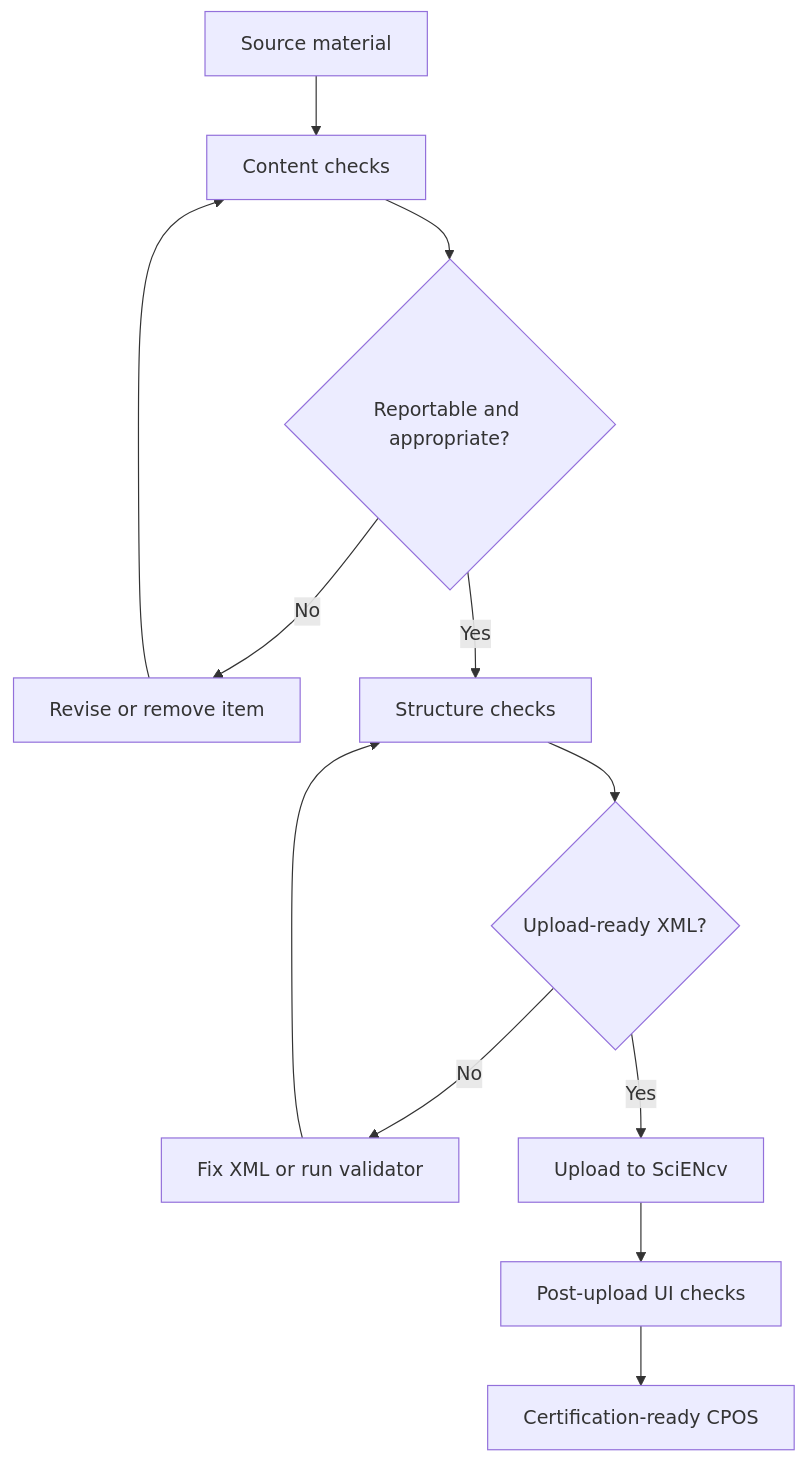
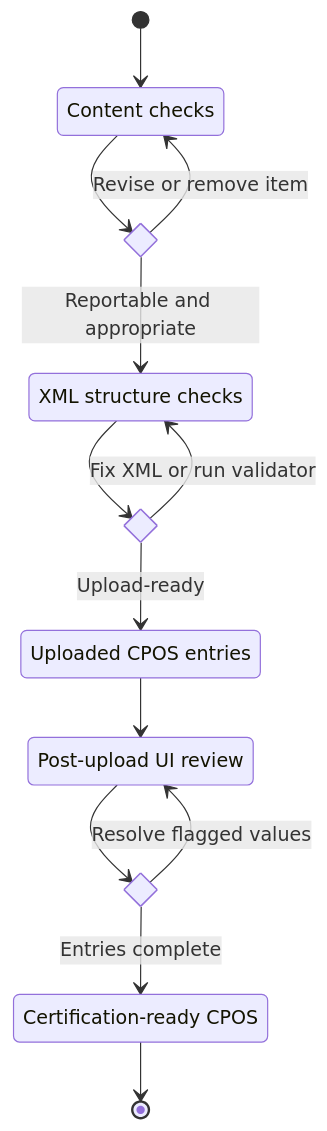
Before and after one commit to FritscheLab/nih-sciencv-playbook: the diagram in docs/other-support/xml-upload/quality-control.md, drawn with Mermaid. The commit also changed other lines of this file and 60 other files, not shown here.

Commit message:
feat: refresh NIH guidance and harden CPOS XML validation

````diff
--- a/docs/other-support/xml-upload/quality-control.md
+++ b/docs/other-support/xml-upload/quality-control.md
@@ -56,16 +56,26 @@
 ```mermaid
-flowchart TD
+stateDiagram-v2
+    direction TB
     accTitle: CPOS XML quality control stages
-    accDescr: XML quality control has policy-driven content checks, upload-driven structure checks, and post-upload SciENcv UI checks.
-    A["Source material"] --> B["Content checks"]
-    B --> C{"Reportable and appropriate?"}
-    C -- "No" --> D["Revise or remove item"]
-    C -- "Yes" --> E["Structure checks"]
-    D --> B
-    E --> F{"Upload-ready XML?"}
-    F -- "No" --> G["Fix XML or run validator"]
-    F -- "Yes" --> H["Upload to SciENcv"]
-    G --> E
-    H --> I["Post-upload UI checks"]
-    I --> J["Certification-ready CPOS"]
+    accDescr: Source material passes content and XML structure decisions before upload. Failed checks loop back for correction, and post-upload SciENcv review must be complete before certification.
+    state "Content checks" as ContentCheck
+    state ContentDecision <<choice>>
+    state "XML structure checks" as StructureCheck
+    state StructureDecision <<choice>>
+    state "Uploaded CPOS entries" as Uploaded
+    state "Post-upload UI review" as UIReview
+    state UIDecision <<choice>>
+    state "Certification-ready CPOS" as Ready
+    [*] --> ContentCheck
+    ContentCheck --> ContentDecision
+    ContentDecision --> ContentCheck: Revise or remove item
+    ContentDecision --> StructureCheck: Reportable and appropriate
+    StructureCheck --> StructureDecision
+    StructureDecision --> StructureCheck: Fix XML or run validator
+    StructureDecision --> Uploaded: Upload-ready
+    Uploaded --> UIReview
+    UIReview --> UIDecision
+    UIDecision --> UIReview: Resolve flagged values
+    UIDecision --> Ready: Entries complete
+    Ready --> [*]
 ```
````
